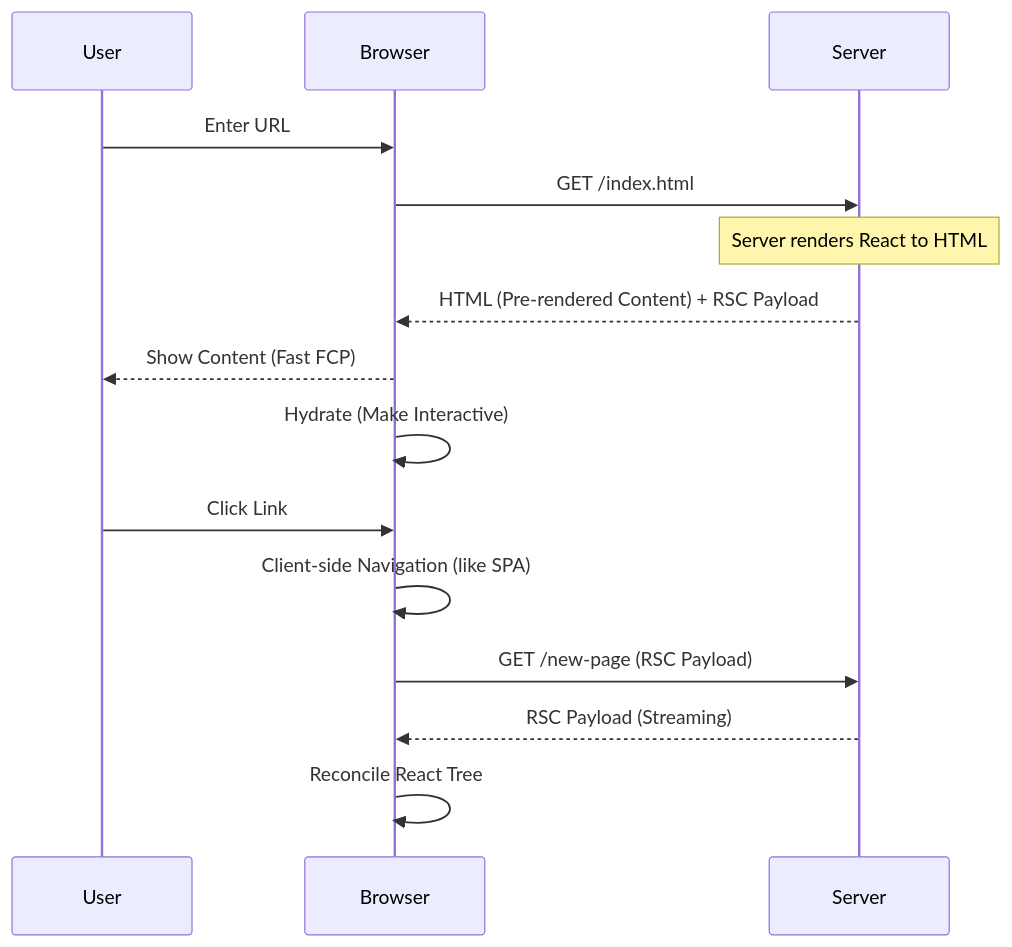
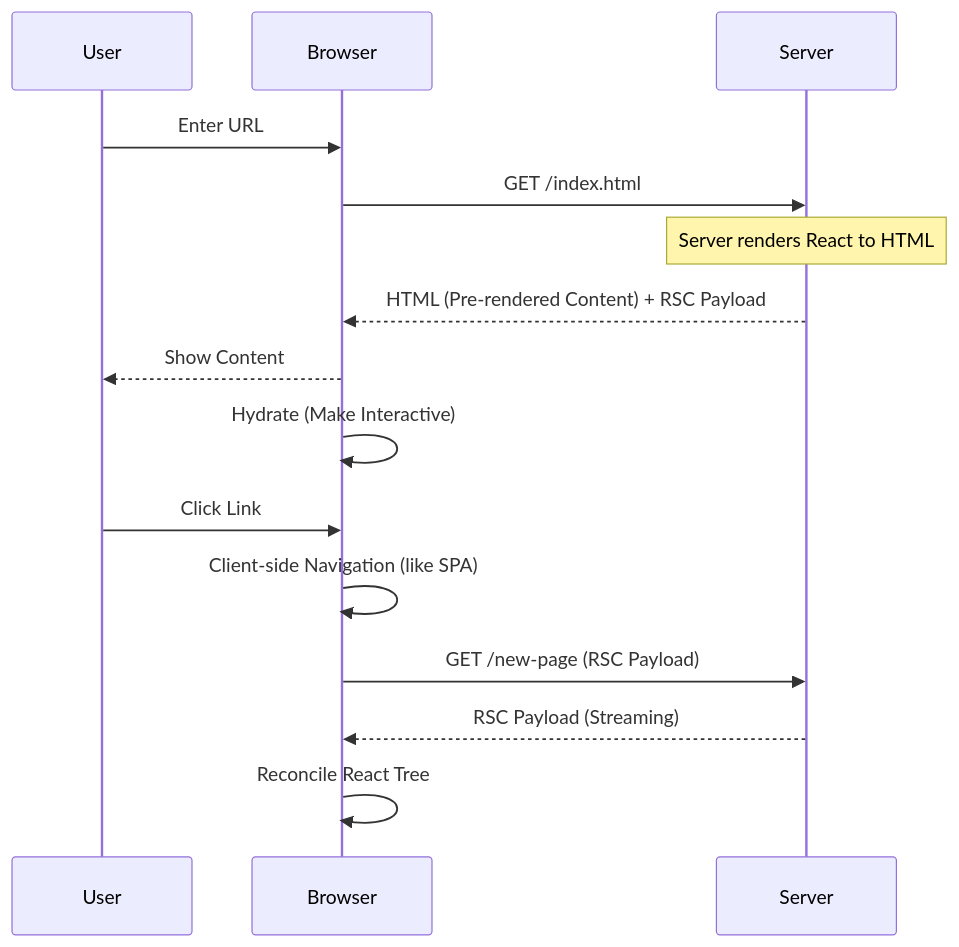
Before and after one commit to vikramsg/vikramsg.github.io: the third of 3 diagrams in _posts/2026-02-15-an-introduction-to-react-next-from-a-backend-engineer.md, drawn with Mermaid. The commit also changed other lines of this file, not shown here.

```diff
--- a/_posts/2026-02-15-an-introduction-to-react-next-from-a-backend-engineer.md
+++ b/_posts/2026-02-15-an-introduction-to-react-next-from-a-backend-engineer.md
@@ -98,18 +98,18 @@
 <div class="mermaid">
 sequenceDiagram
     participant User
     participant Browser
     participant Server
 
     User->>Browser: Enter URL
     Browser->>Server: GET /index.html
     Note over Server: Server renders React to HTML
     Server-->>Browser: HTML (Pre-rendered Content) + RSC Payload
-    Browser-->>User: Show Content (Fast FCP)
+    Browser-->>User: Show Content
     Browser->>Browser: Hydrate (Make Interactive)
     User->>Browser: Click Link
     Browser->>Browser: Client-side Navigation (like SPA)
     Browser->>Server: GET /new-page (RSC Payload)
     Server-->>Browser: RSC Payload (Streaming)
     Browser->>Browser: Reconcile React Tree
 </div>
```
